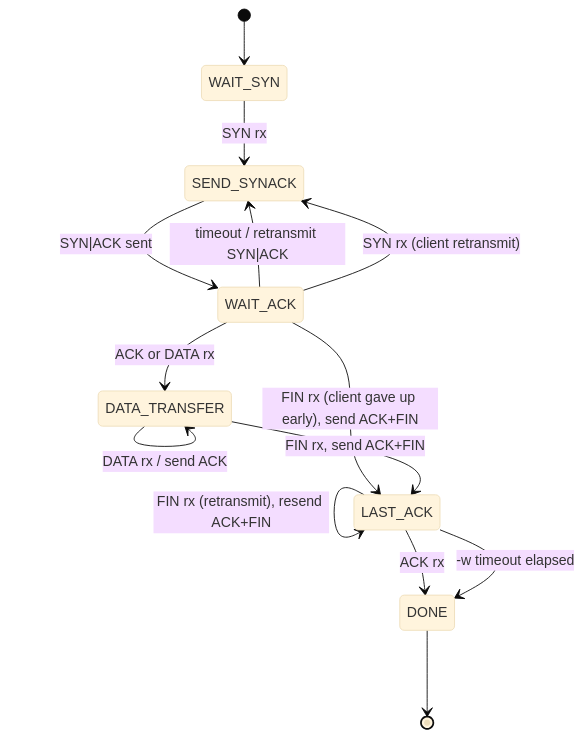
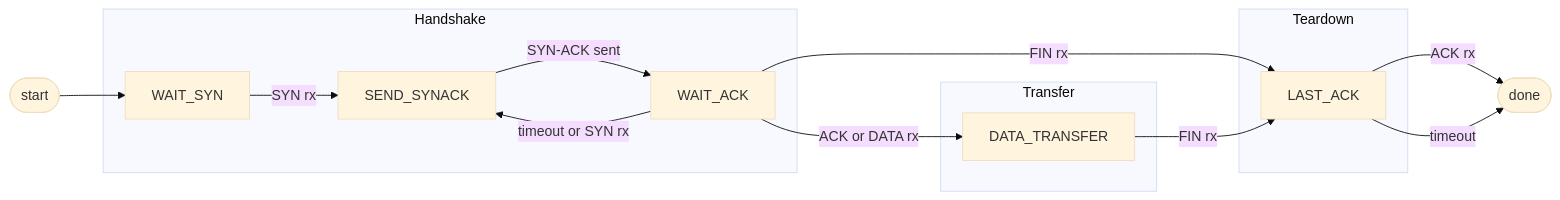
The fifth of 5 diagrams in README.md (MatejSK8/reliable_udp_protocol), drawn with Mermaid (base theme) before and after one commit. The commit also changed other lines of this file and 1 other file, not shown here.

Commit message:
Update Makefile and README.md: add test target and enhance state machine diagrams

````diff
--- a/README.md
+++ b/README.md
@@ -241,17 +258,30 @@
 ```mermaid
-stateDiagram-v2
-    [*] --> WAIT_SYN
-    WAIT_SYN --> SEND_SYNACK : SYN rx
-    SEND_SYNACK --> WAIT_ACK : SYN|ACK sent
-    WAIT_ACK --> SEND_SYNACK : timeout / retransmit SYN|ACK
-    WAIT_ACK --> SEND_SYNACK : SYN rx (client retransmit)
-    WAIT_ACK --> DATA_TRANSFER : ACK or DATA rx
-    WAIT_ACK --> LAST_ACK : FIN rx (client gave up early), send ACK+FIN
-    DATA_TRANSFER --> DATA_TRANSFER : DATA rx / send ACK
-    DATA_TRANSFER --> LAST_ACK : FIN rx, send ACK+FIN
-    LAST_ACK --> LAST_ACK : timeout / retransmit FIN
-    LAST_ACK --> LAST_ACK : FIN rx (retransmit), resend ACK+FIN
-    LAST_ACK --> DONE : ACK rx
-    LAST_ACK --> DONE : -w timeout elapsed
-    DONE --> [*]
+flowchart LR
+    START([start])
+
+    subgraph Handshake
+        WAIT_SYN[WAIT_SYN]
+        SEND_SYNACK[SEND_SYNACK]
+        WAIT_ACK[WAIT_ACK]
+    end
+
+    subgraph Transfer
+        DATA_TRANSFER[DATA_TRANSFER]
+    end
+
+    subgraph Teardown
+        LAST_ACK[LAST_ACK]
+    end
+
+    DONE([done])
+
+    START --> WAIT_SYN
+    WAIT_SYN -->|SYN rx| SEND_SYNACK
+    SEND_SYNACK -->|SYN-ACK sent| WAIT_ACK
+    WAIT_ACK -->|timeout or SYN rx| SEND_SYNACK
+    WAIT_ACK -->|ACK or DATA rx| DATA_TRANSFER
+    WAIT_ACK -->|FIN rx| LAST_ACK
+    DATA_TRANSFER -->|FIN rx| LAST_ACK
+    LAST_ACK -->|ACK rx| DONE
+    LAST_ACK -->|timeout| DONE
 ```
````
